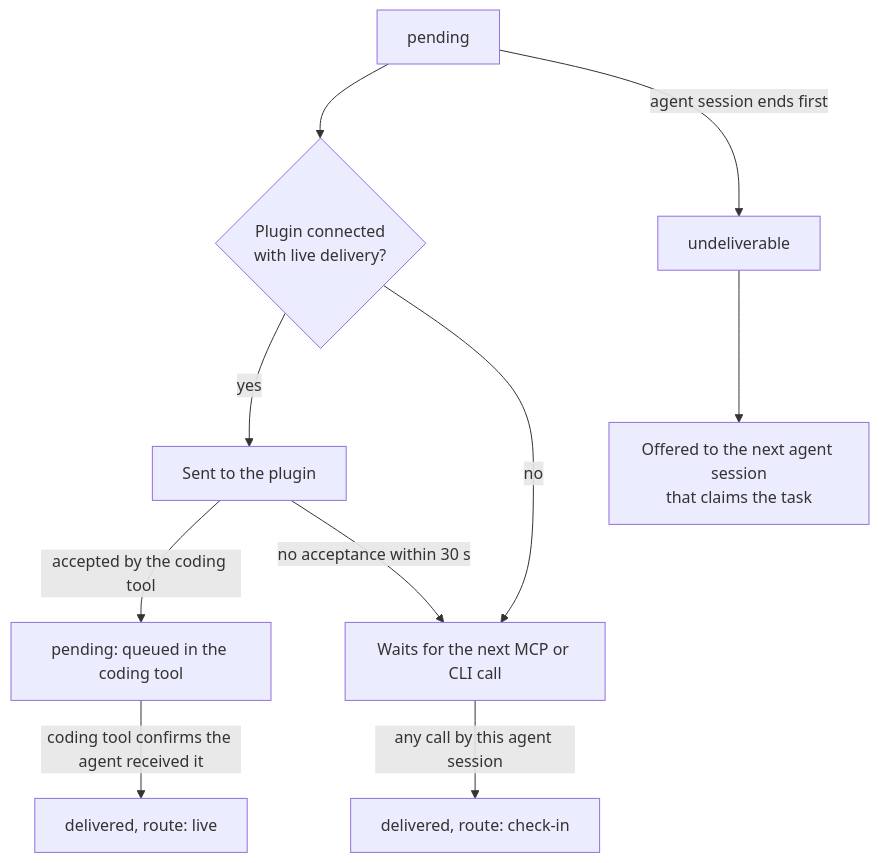
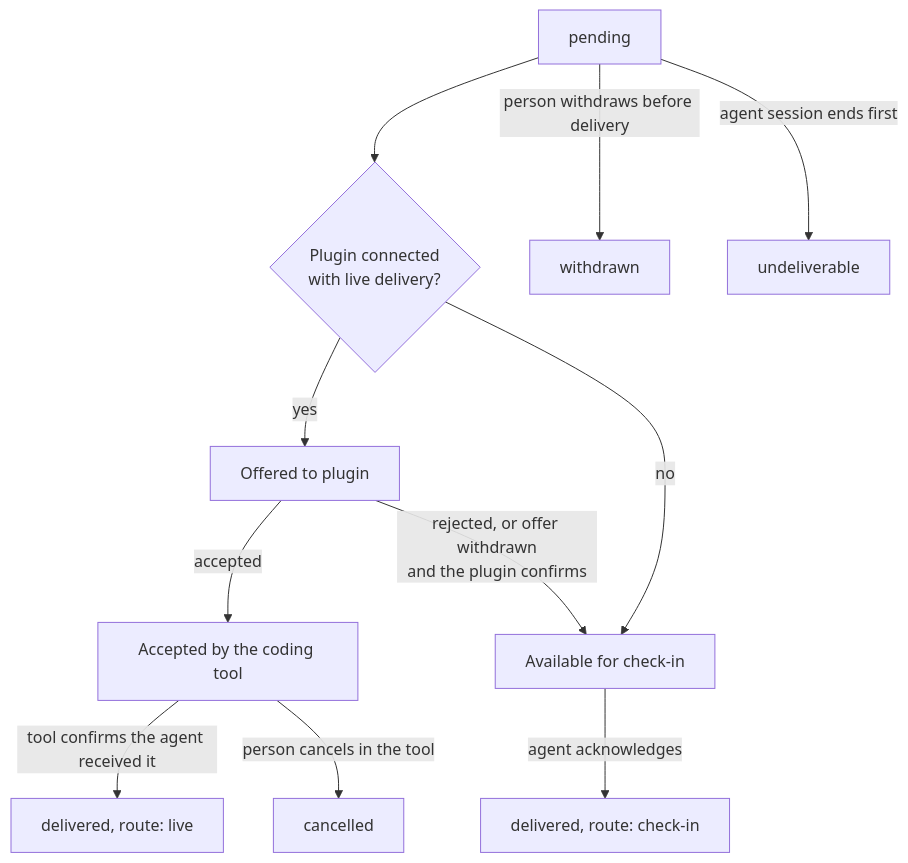
Before and after one commit to guneet-xyz/shinan: the diagram in docs/agent-integrations.md, drawn with Mermaid. The commit also changed other lines of this file, not shown here.

Commit message:
Address per-document review of agent integrations (refs #9)

````diff
--- a/docs/agent-integrations.md
+++ b/docs/agent-integrations.md
@@ -531,12 +563,13 @@
 ```mermaid
 flowchart TD
   P0[pending] --> L{Plugin connected<br/>with live delivery?}
-  L -->|yes| S[Sent to the plugin]
-  S -->|accepted by the coding tool| Q[pending: queued in the coding tool]
-  Q -->|coding tool confirms the agent received it| DL[delivered, route: live]
-  S -->|no acceptance within 30 s| C
-  L -->|no| C[Waits for the next MCP or CLI call]
-  C -->|any call by this agent session| DC[delivered, route: check-in]
+  L -->|yes| O[Offered to plugin]
+  O -->|accepted| A[Accepted by the coding tool]
+  A -->|tool confirms the agent received it| D[delivered, route: live]
+  A -->|person cancels in the tool| X[cancelled]
+  O -->|rejected, or offer withdrawn<br/>and the plugin confirms| C
+  L -->|no| C[Available for check-in]
+  C -->|agent acknowledges| DC[delivered, route: check-in]
+  P0 -->|person withdraws before delivery| W[withdrawn]
   P0 -->|agent session ends first| U[undeliverable]
-  U --> NS[Offered to the next agent session<br/>that claims the task]
 ```
````
